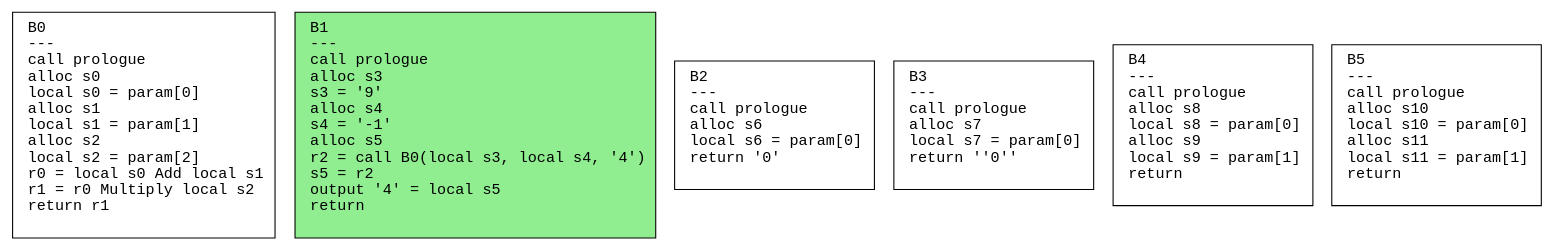
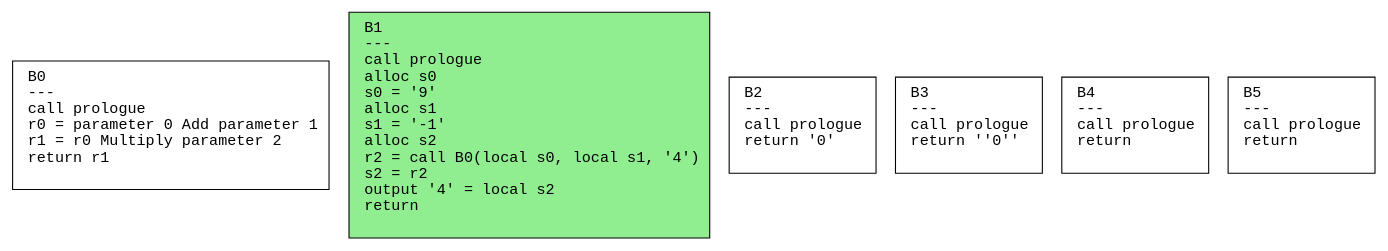
Before and after one commit to safarislava/ProcTranslator: the diagram in schemes/params.dot, drawn with Graphviz. The commit also changed 26 other files, not shown here.

```diff
--- a/schemes/params.dot
+++ b/schemes/params.dot
@@ -1,13 +1,13 @@
 digraph CFG {
   rankdir=TB;
   node [shape=box, fontname="Courier", style=filled, fillcolor=white, margin="0.2,0.1"];
   edge [fontname="Courier"];
 
-  "B0" [label="B0\l---\lcall prologue\lalloc s0\llocal s0 = param[0]\lalloc s1\llocal s1 = param[1]\lalloc s2\llocal s2 = param[2]\lr0 = local s0 Add local s1\lr1 = r0 Multiply local s2\lreturn r1\l "];
-  "B1" [label="B1\l---\lcall prologue\lalloc s3\ls3 = '9'\lalloc s4\ls4 = '-1'\lalloc s5\lr2 = call B0(local s3, local s4, '4')\ls5 = r2\loutput '4' = local s5\lreturn\l "];
-  "B2" [label="B2\l---\lcall prologue\lalloc s6\llocal s6 = param[0]\lreturn '0'\l "];
-  "B3" [label="B3\l---\lcall prologue\lalloc s7\llocal s7 = param[0]\lreturn ''0''\l "];
-  "B4" [label="B4\l---\lcall prologue\lalloc s8\llocal s8 = param[0]\lalloc s9\llocal s9 = param[1]\lreturn\l "];
-  "B5" [label="B5\l---\lcall prologue\lalloc s10\llocal s10 = param[0]\lalloc s11\llocal s11 = param[1]\lreturn\l "];
+  "B0" [label="B0\l---\lcall prologue\lr0 = parameter 0 Add parameter 1\lr1 = r0 Multiply parameter 2\lreturn r1\l "];
+  "B1" [label="B1\l---\lcall prologue\lalloc s0\ls0 = '9'\lalloc s1\ls1 = '-1'\lalloc s2\lr2 = call B0(local s0, local s1, '4')\ls2 = r2\loutput '4' = local s2\lreturn\l "];
+  "B2" [label="B2\l---\lcall prologue\lreturn '0'\l "];
+  "B3" [label="B3\l---\lcall prologue\lreturn ''0''\l "];
+  "B4" [label="B4\l---\lcall prologue\lreturn\l "];
+  "B5" [label="B5\l---\lcall prologue\lreturn\l "];
   "B1" [fillcolor=lightgreen];
 }
```
